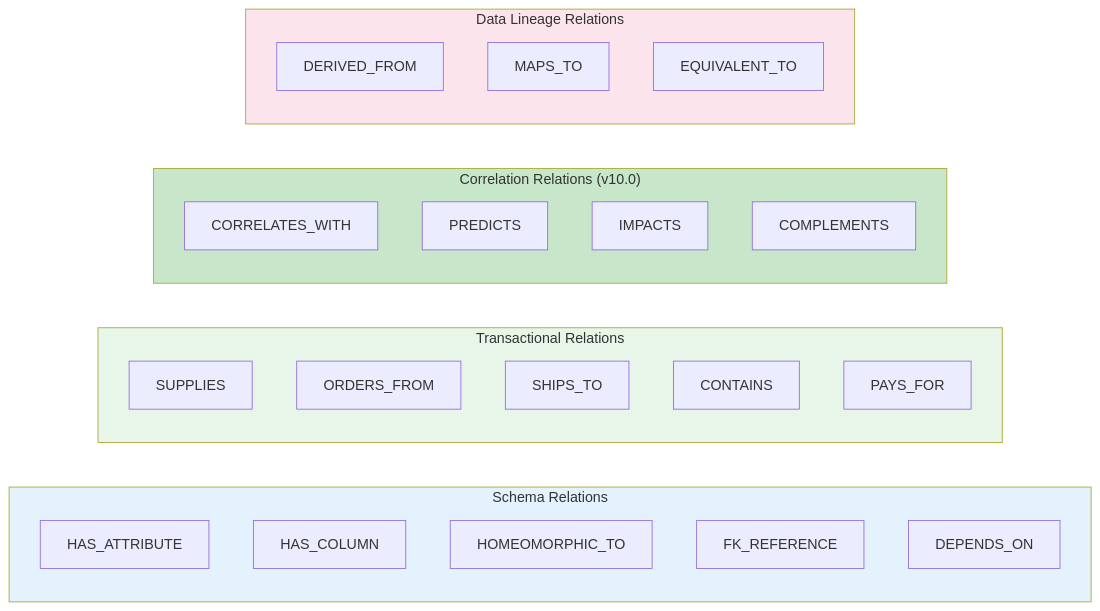
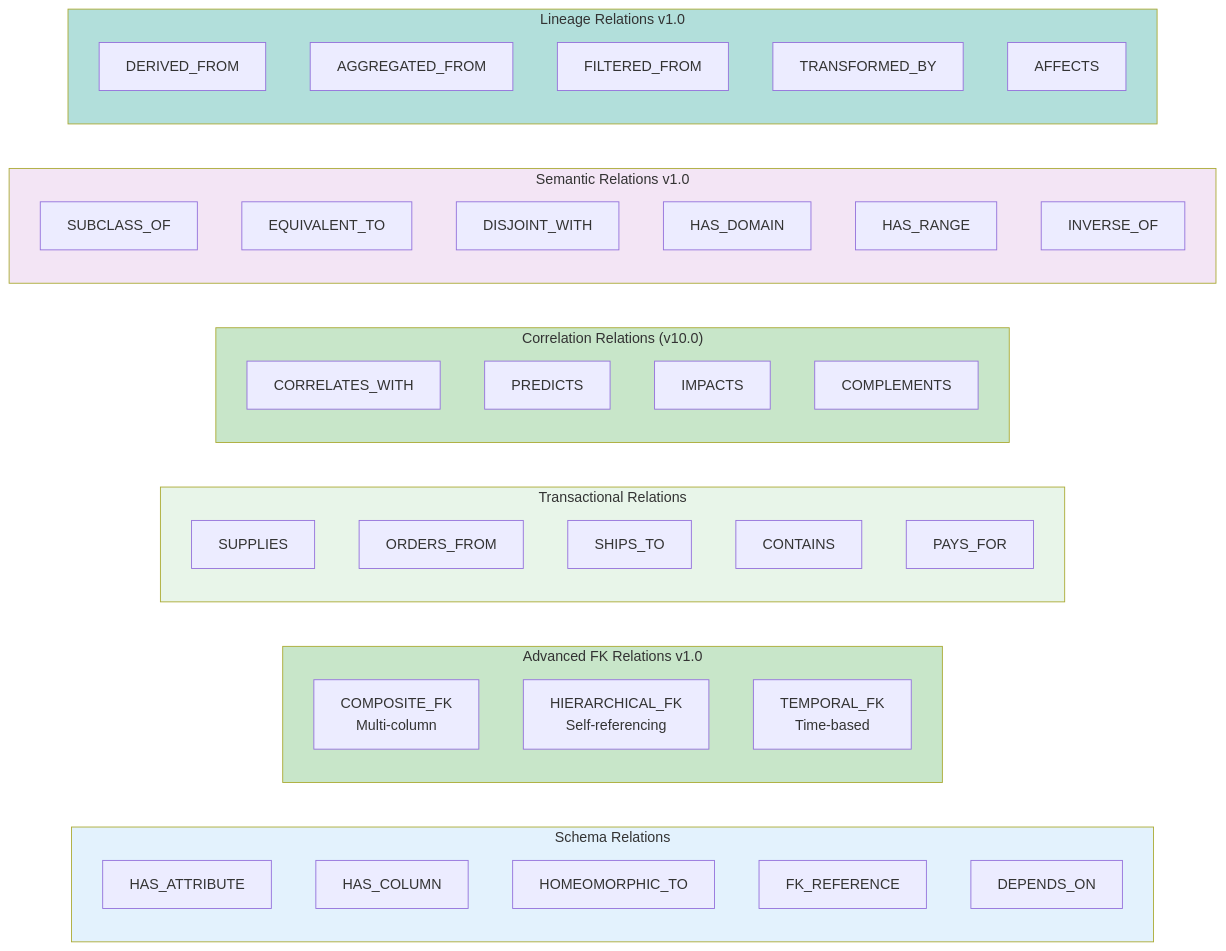
Before and after one commit to sabill123/ontology: the third of 12 diagrams in docs/diagrams/06-knowledge-graph.md, drawn with Mermaid. The commit also changed other lines of this file and 176 other files, not shown here.

````diff
--- a/docs/diagrams/06-knowledge-graph.md
+++ b/docs/diagrams/06-knowledge-graph.md
@@ -96,36 +127,55 @@
 ```mermaid
 graph LR
     subgraph SCHEMA_REL["Schema Relations"]
         SR1[HAS_ATTRIBUTE]
         SR2[HAS_COLUMN]
         SR3[HOMEOMORPHIC_TO]
         SR4[FK_REFERENCE]
         SR5[DEPENDS_ON]
+    end
+
+    subgraph ADVANCED_FK["Advanced FK Relations v1.0"]
+        AF1[COMPOSITE_FK<br/>Multi-column]
+        AF2[HIERARCHICAL_FK<br/>Self-referencing]
+        AF3[TEMPORAL_FK<br/>Time-based]
     end
 
     subgraph TRANSACTIONAL["Transactional Relations"]
         TR1[SUPPLIES]
         TR2[ORDERS_FROM]
         TR3[SHIPS_TO]
         TR4[CONTAINS]
         TR5[PAYS_FOR]
     end
 
     subgraph CORRELATION["Correlation Relations (v10.0)"]
         CR1[CORRELATES_WITH]
         CR2[PREDICTS]
         CR3[IMPACTS]
         CR4[COMPLEMENTS]
     end
 
-    subgraph LINEAGE["Data Lineage Relations"]
+    subgraph SEMANTIC_REL["Semantic Relations v1.0"]
+        SER1[SUBCLASS_OF]
+        SER2[EQUIVALENT_TO]
+        SER3[DISJOINT_WITH]
+        SER4[HAS_DOMAIN]
+        SER5[HAS_RANGE]
+        SER6[INVERSE_OF]
+    end
+
+    subgraph LINEAGE_REL["Lineage Relations v1.0"]
         LR1[DERIVED_FROM]
-        LR2[MAPS_TO]
-        LR3[EQUIVALENT_TO]
+        LR2[AGGREGATED_FROM]
+        LR3[FILTERED_FROM]
+        LR4[TRANSFORMED_BY]
+        LR5[AFFECTS]
     end
 
     style SCHEMA_REL fill:#e3f2fd
+    style ADVANCED_FK fill:#c8e6c9
     style TRANSACTIONAL fill:#e8f5e9
     style CORRELATION fill:#c8e6c9
-    style LINEAGE fill:#fce4ec
+    style SEMANTIC_REL fill:#f3e5f5
+    style LINEAGE_REL fill:#b2dfdb
 ```
````
